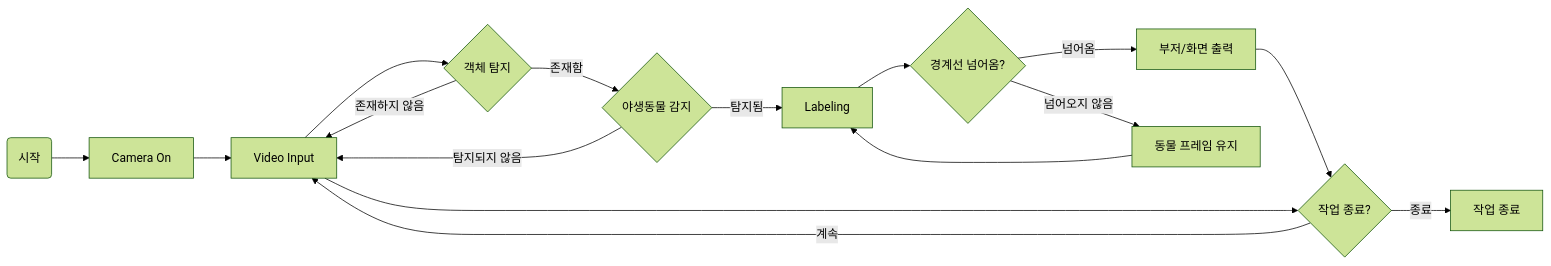
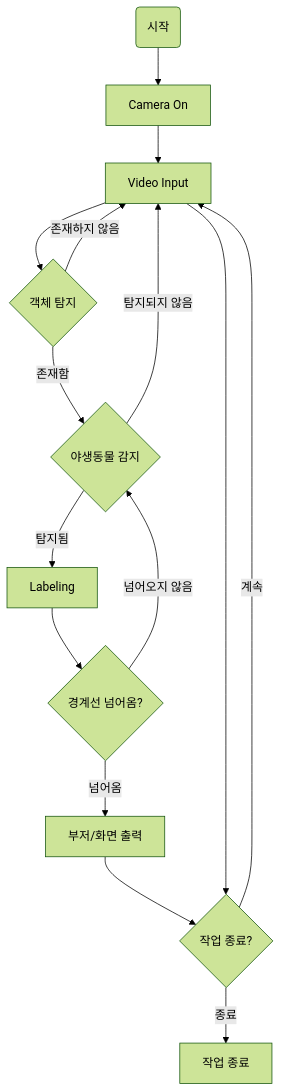
Before and after one commit to kxxholee/Jetson: the diagram in Roles/README.md, drawn with Mermaid (forest theme).

````diff
--- a/Roles/README.md
+++ b/Roles/README.md
@@ -30,18 +30,17 @@
 ```mermaid
-graph LR
+graph TD
     시작(시작) --> 카메라켜기[Camera On]
     카메라켜기 --> 비디오입력[Video Input]
     비디오입력 --> 객체탐지{객체 탐지}
     객체탐지 -- 존재하지 않음 --> 비디오입력
     객체탐지 -- 존재함 --> 야생동물감지{야생동물 감지}
+    야생동물감지 -- 탐지되지 않음 --> 비디오입력
     야생동물감지 -- 탐지됨 --> 레이블링[Labeling]
-    야생동물감지 -- 탐지되지 않음 --> 비디오입력
     레이블링 --> 경계선체크{경계선 넘어옴?}
     경계선체크 -- 넘어옴 --> 출력[부저/화면 출력]
-    경계선체크 -- 넘어오지 않음 --> 프레임유지[동물 프레임 유지]
-    프레임유지 --> 레이블링
+    경계선체크 -- 넘어오지 않음 --> 야생동물감지
     출력 --> 작업종료{작업 종료?}
     작업종료 -- 종료 --> 종료[작업 종료]
     작업종료 -- 계속 --> 비디오입력
     비디오입력 --> 작업종료
 ```
````
